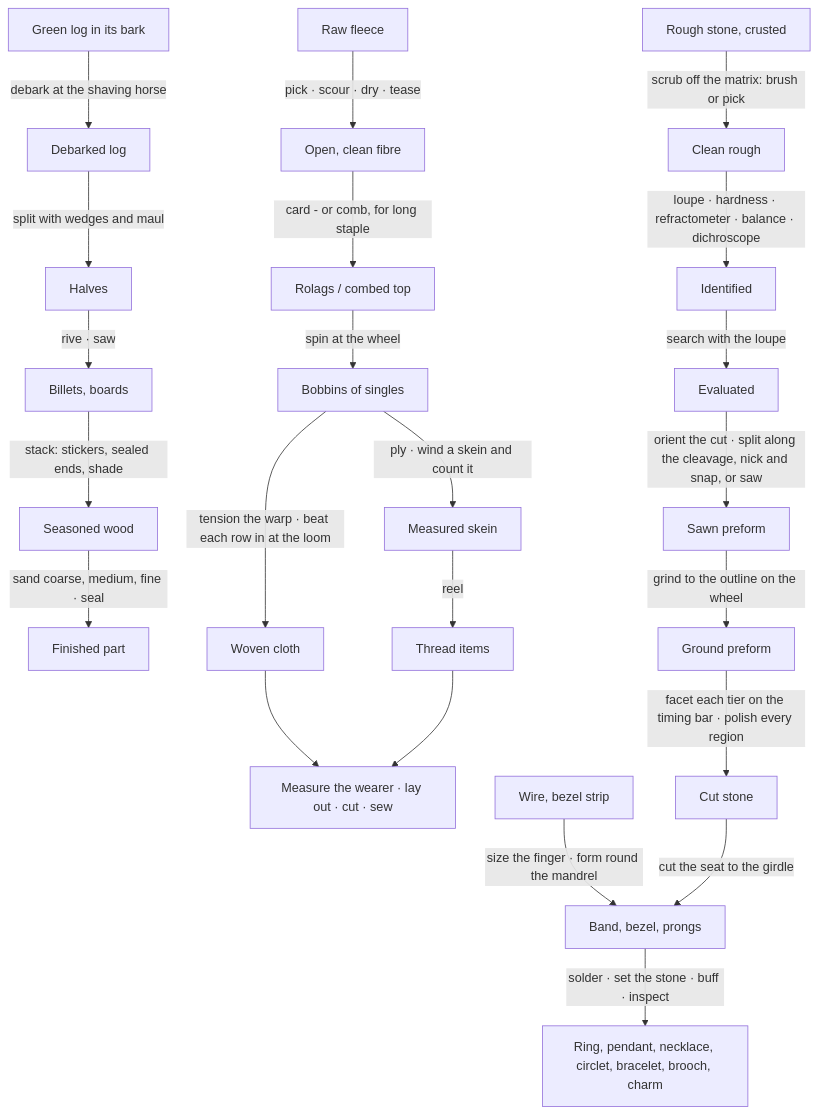
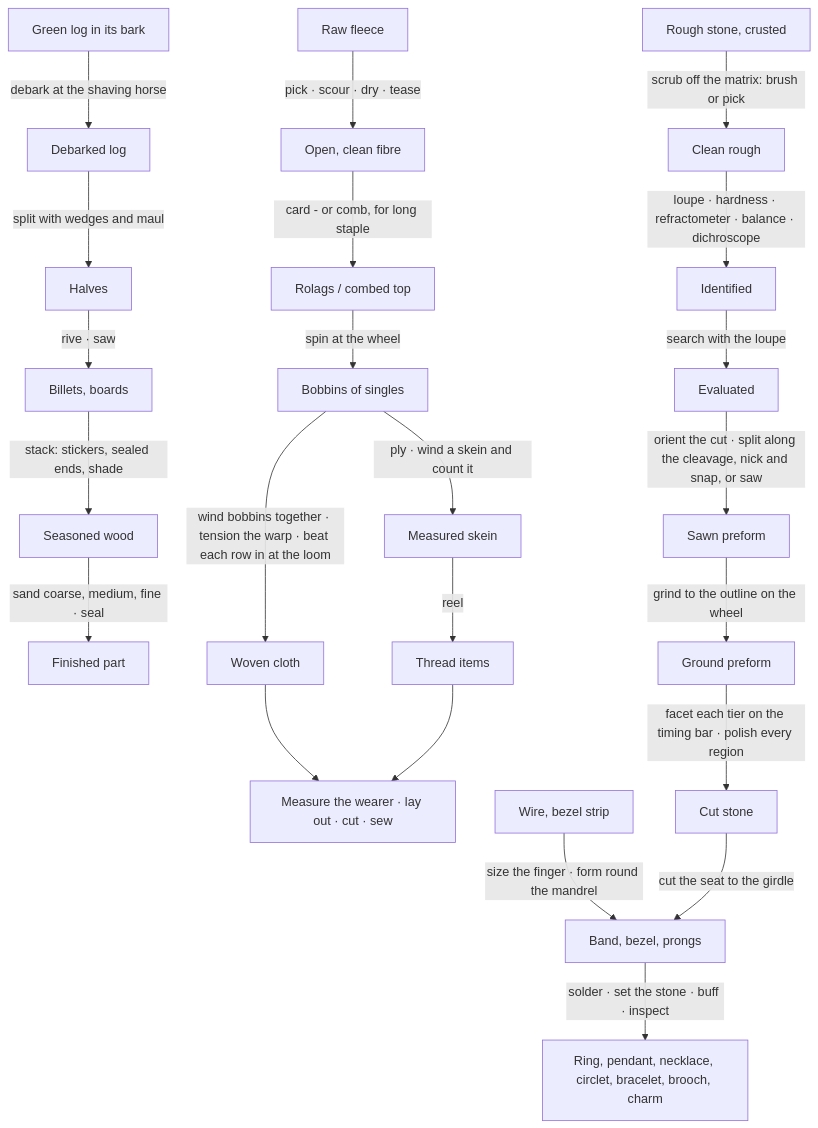
One commit to Kaynan-Jamelaumn/SimpleMovementsUnityPackage changed the second of 2 diagrams in Documentation/Crafting/01-Overview-and-Setup.md. Above: the diagram before and after it, drawn with Mermaid. The commit also changed other lines of this file and 157 other files, not shown here.

````diff
--- a/Documentation/Crafting/01-Overview-and-Setup.md
+++ b/Documentation/Crafting/01-Overview-and-Setup.md
@@ -96,25 +131,25 @@
 ```mermaid
 flowchart TD
     LOG[Green log in its bark] -->|debark at the shaving horse| DL[Debarked log]
     DL -->|split with wedges and maul| HALF[Halves]
     HALF -->|rive · saw| BL[Billets, boards]
     BL -->|stack: stickers, sealed ends, shade| SEA[Seasoned wood]
     SEA -->|sand coarse, medium, fine · seal| FIN[Finished part]
     FL[Raw fleece] -->|pick · scour · dry · tease| OF[Open, clean fibre]
     OF -->|card - or comb, for long staple| PREP[Rolags / combed top]
     PREP -->|spin at the wheel| YARN[Bobbins of singles]
     YARN -->|ply · wind a skein and count it| SK[Measured skein]
     SK -->|reel| TH[Thread items]
-    YARN -->|tension the warp · beat each row in at the loom| CL[Woven cloth]
+    YARN -->|wind bobbins together · tension the warp · beat each row in at the loom| CL[Woven cloth]
     CL --> SEW[Measure the wearer · lay out · cut · sew]
     TH --> SEW
     R[Rough stone, crusted] -->|scrub off the matrix: brush or pick| CR[Clean rough]
     CR -->|loupe · hardness · refractometer · balance · dichroscope| ID[Identified]
     ID -->|search with the loupe| EV[Evaluated]
     EV -->|orient the cut · split along the cleavage, nick and snap, or saw| PRE[Sawn preform]
     PRE -->|grind to the outline on the wheel| GP[Ground preform]
     GP -->|facet each tier on the timing bar · polish every region| GEM[Cut stone]
     W[Wire, bezel strip] -->|size the finger · form round the mandrel| PARTS[Band, bezel, prongs]
     GEM -->|cut the seat to the girdle| PARTS
     PARTS -->|solder · set the stone · buff · inspect| JEWEL[Ring, pendant, necklace, circlet, bracelet, brooch, charm]
 ```
````
